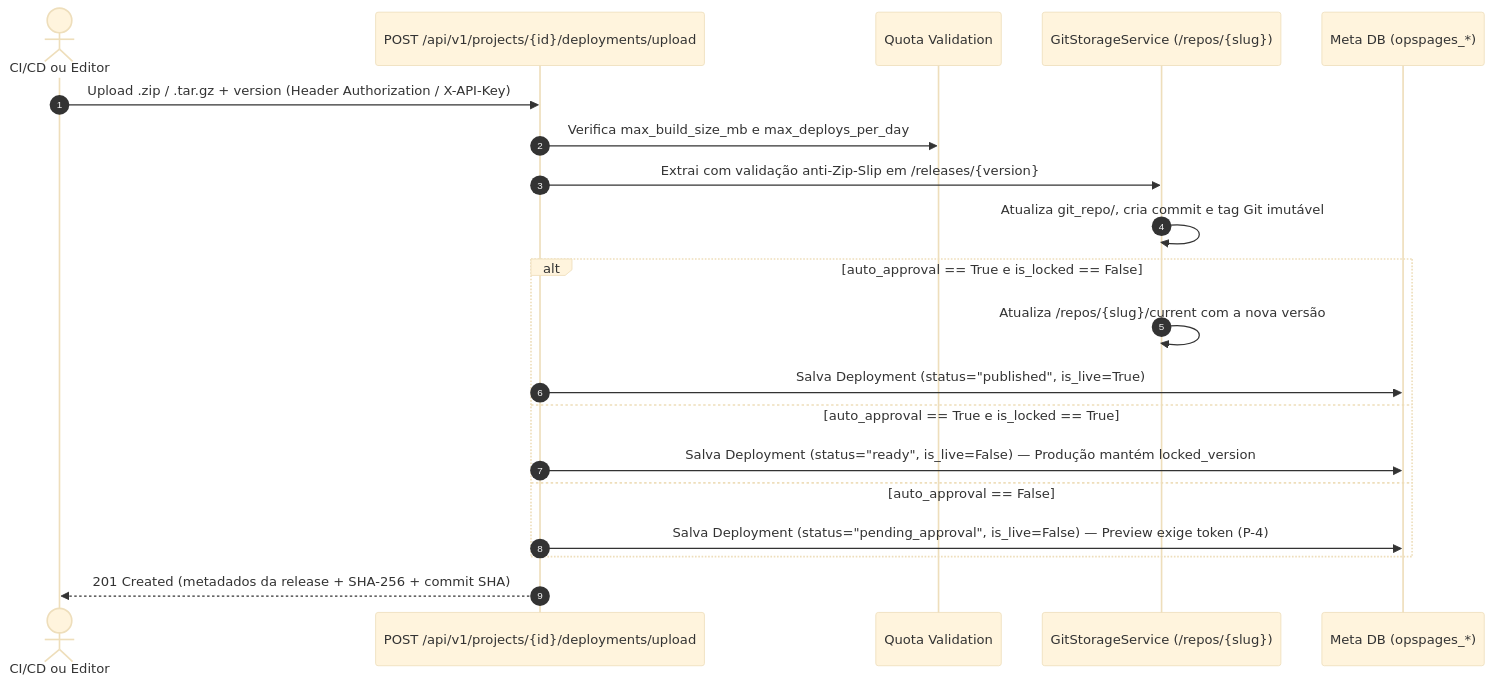
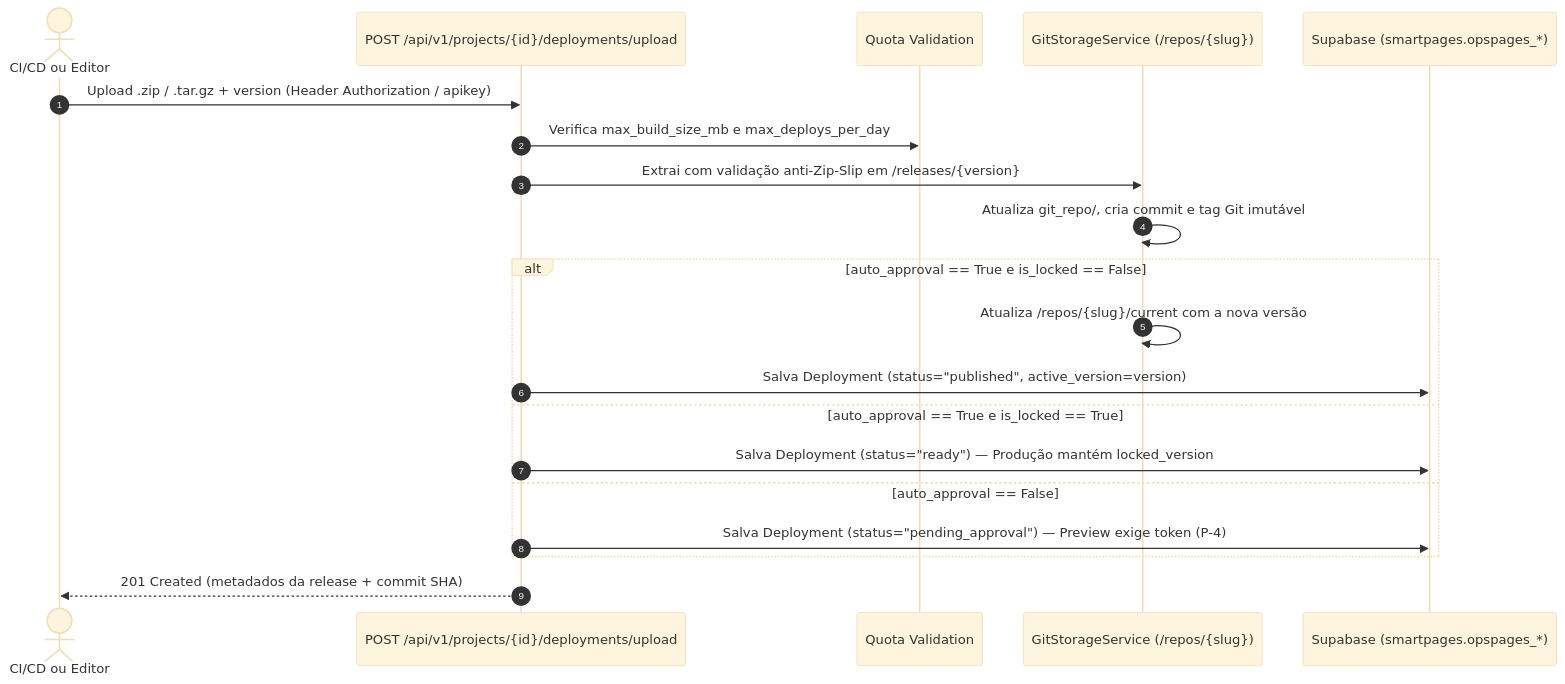
The second of 2 diagrams in docs/architecture/overview.md (pycriador/olivelas-smartpages), drawn with Mermaid (base theme) before and after one commit. The commit also changed other lines of this file and 23 other files, not shown here.

Commit message:
docs: update README and full AI-Ready documentation to Olivelas SmartPages, Supabase smartpages schema and ADR-0004

````diff
--- a/docs/architecture/overview.md
+++ b/docs/architecture/overview.md
@@ -83,23 +93,23 @@
 ```mermaid
 sequenceDiagram
     autonumber
     actor Dev as CI/CD ou Editor
     participant API as POST /api/v1/projects/{id}/deployments/upload
     participant Quota as Quota Validation
     participant Git as GitStorageService (/repos/{slug})
-    participant DB as Meta DB (opspages_*)
+    participant DB as Supabase (smartpages.opspages_*)
 
-    Dev->>API: Upload .zip / .tar.gz + version (Header Authorization / X-API-Key)
+    Dev->>API: Upload .zip / .tar.gz + version (Header Authorization / apikey)
     API->>Quota: Verifica max_build_size_mb e max_deploys_per_day
     API->>Git: Extrai com validação anti-Zip-Slip em /releases/{version}
     Git->>Git: Atualiza git_repo/, cria commit e tag Git imutável
     alt auto_approval == True e is_locked == False
         Git->>Git: Atualiza /repos/{slug}/current com a nova versão
-        API->>DB: Salva Deployment (status="published", is_live=True)
+        API->>DB: Salva Deployment (status="published", active_version=version)
     else auto_approval == True e is_locked == True
-        API->>DB: Salva Deployment (status="ready", is_live=False) — Produção mantém locked_version
+        API->>DB: Salva Deployment (status="ready") — Produção mantém locked_version
     else auto_approval == False
-        API->>DB: Salva Deployment (status="pending_approval", is_live=False) — Preview exige token (P-4)
+        API->>DB: Salva Deployment (status="pending_approval") — Preview exige token (P-4)
     end
-    API-->>Dev: 201 Created (metadados da release + SHA-256 + commit SHA)
+    API-->>Dev: 201 Created (metadados da release + commit SHA)
 ```
````
